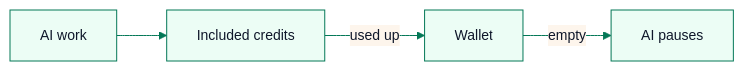
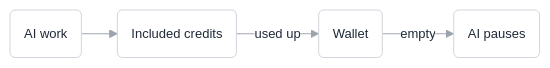
One commit to BharathVasireddy/marro-docs changed the diagram in guides/ai-usage.mdx. Above: the diagram before and after it, drawn with Mermaid. The commit also changed other lines of this file and 95 other files, not shown here.

First line of the commit message:
One guide per settings screen, in the Settings menu's order, with diagrams only where they are needed

````diff
--- a/guides/ai-usage.mdx
+++ b/guides/ai-usage.mdx
@@ -8,7 +8,7 @@
 ```mermaid
-%%{init: {'theme':'base','themeVariables':{'primaryColor':'#ecfdf5','primaryBorderColor':'#047857','primaryTextColor':'#0f172a','lineColor':'#047857','fontSize':'14px'}}}%%
+%%{init: {'theme':'base','flowchart':{'curve':'basis','padding':14,'nodeSpacing':28,'rankSpacing':36},'themeVariables':{'primaryColor':'#ffffff','primaryBorderColor':'#d1d5db','primaryTextColor':'#1f2937','lineColor':'#9ca3af','fontFamily':'Inter, ui-sans-serif, sans-serif','fontSize':'13px','edgeLabelBackground':'#ffffff'}}}%%
 flowchart LR
-  A[AI work] --> B[Included credits]
-  B -- used up --> C[Wallet]
-  C -- empty --> D[AI pauses]
+  A(AI work) --> B(Included credits)
+  B -- used up --> C(Wallet)
+  C -- empty --> D(AI pauses)
 ```
````
